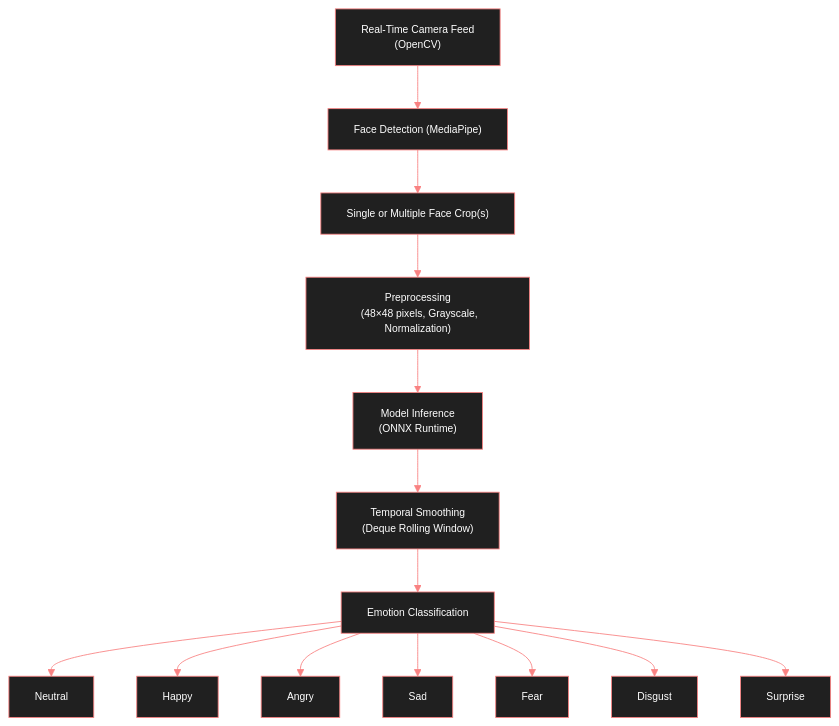
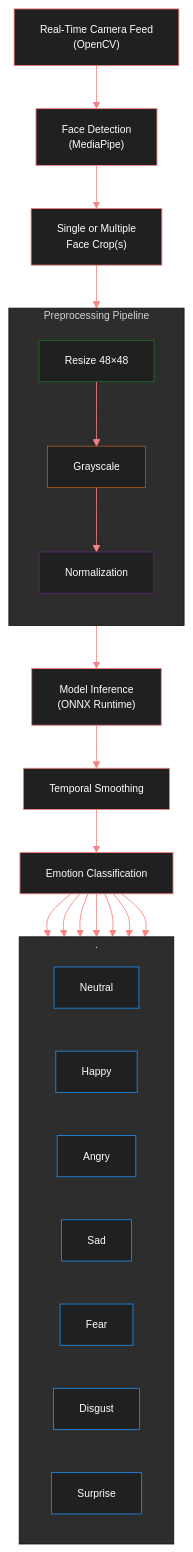
The diagram in README.md (NkL-M/Real-Time-Facial-Emotion-Recognition), drawn with Mermaid before and after one commit.

````diff
--- a/README.md
+++ b/README.md
@@ -147,29 +147,60 @@
 ```mermaid
 %%{init: {'theme':'base','themeVariables':{
   'primaryColor':'#202020',
   'primaryTextColor':'#ffffff',
   'primaryBorderColor':'#f98282',
   'lineColor':'#f98282',
   'fontFamily':'JetBrains Mono',
   'fontSize':'12px'
 }}}%%
 flowchart TB
   P0["Real-Time Camera Feed
   (OpenCV)"]
-  P0 --> P1["Face Detection (MediaPipe)"]
-  P1 --> P2["Single or Multiple Face Crop(s)"]
-  P2 --> P3["Preprocessing
-  (48×48 pixels, Grayscale, Normalization)"]
-  P3 --> P4["Model Inference
+  P0 --> P1["Face Detection
+  (MediaPipe)"]
+  P1 --> P2["Single or Multiple
+  Face Crop(s)"]
+  P2 --> PRE
+  subgraph PRE["Preprocessing Pipeline"]
+  direction TB
+    P4["Resize 48×48"]
+    P4 --> P5["Grayscale"]
+    P5 --> P6["Normalization"]
+end
+  style P4 stroke:#1e6a22, color:#ffffff
+  style P5 stroke:#a8551e, color:#ffffff
+  style P6 stroke:#5b2a74, color:#ffffff
+
+  P6 --> P7["Model Inference
   (ONNX Runtime)"]
-  P4 --> P5["Temporal Smoothing
+  P7 --> P8["Temporal Smoothing
   (Deque Rolling Window)"]
-  P5 --> P6["Emotion Classification"]
-  P6 --> P7["Neutral"]
-  P6 --> P8["Happy"]
-  P6 --> P9["Angry"]
-  P6 --> P10["Sad"]
-  P6 --> P11["Fear"]
-  P6 --> P12["Disgust"]
-  P6 --> P13["Surprise"]
+  P8["Temporal Smoothing"] --> E["Emotion Classification"]
+
+subgraph .
+direction LR
+    N["Neutral"]
+    H["Happy"]
+    A["Angry"]
+    S["Sad"]
+    F["Fear"]
+    D["Disgust"]
+    SU["Surprise"]
+end
+
+E --> N
+E --> H
+E --> A
+E --> S
+E --> F
+E --> D
+E --> SU
+
+style N stroke:#1e88e5, color:#ffffff
+style H stroke:#1e88e5, color:#ffffff
+style A stroke:#1e88e5, color:#ffffff
+style S stroke:#1e88e5, color:#ffffff
+style F stroke:#1e88e5, color:#ffffff
+style D stroke:#1e88e5, color:#ffffff
+style SU stroke:#1e88e5, color:#ffffff
 ```
````
